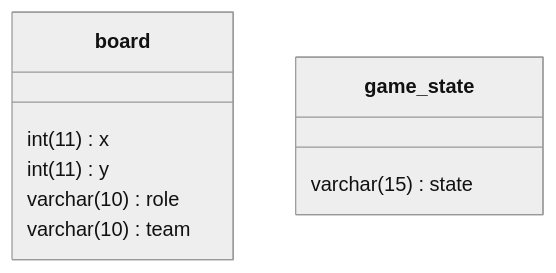
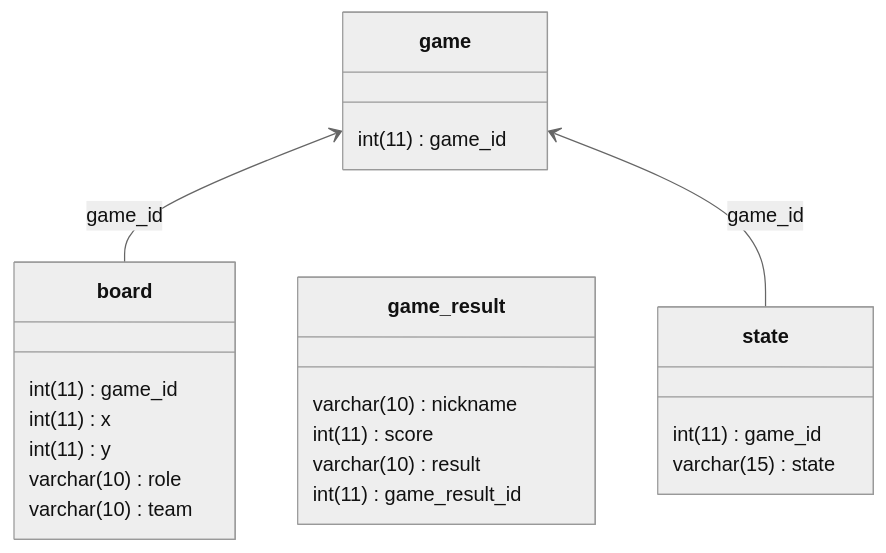
One commit to woowacourse/java-chess changed the seventh of 7 diagrams in README.md. Above: the diagram before and after it, drawn with Mermaid (neutral theme). The commit also changed other lines of this file, not shown here.

Commit message:
docs: 선택 요구사항에 대한 기능 목록 작성

````diff
--- a/README.md
+++ b/README.md
@@ -145,12 +146,27 @@
 ```mermaid
 classDiagram
-class board {
-   int(11) x
-   int(11) y
-   varchar(10) role
-   varchar(10) team
-}
-class game_state {
-varchar(15) state
-}
+  direction BT
+  class board {
+    int(11) game_id
+    int(11) x
+    int(11) y
+    varchar(10) role
+    varchar(10) team
+  }
+  class game {
+    int(11) game_id
+  }
+  class game_result {
+    varchar(10) nickname
+    int(11) score
+    varchar(10) result
+    int(11) game_result_id
+  }
+  class state {
+    int(11) game_id
+    varchar(15) state
+  }
+
+  board  -->  game : game_id
+  state  -->  game : game_id
 ```
````
